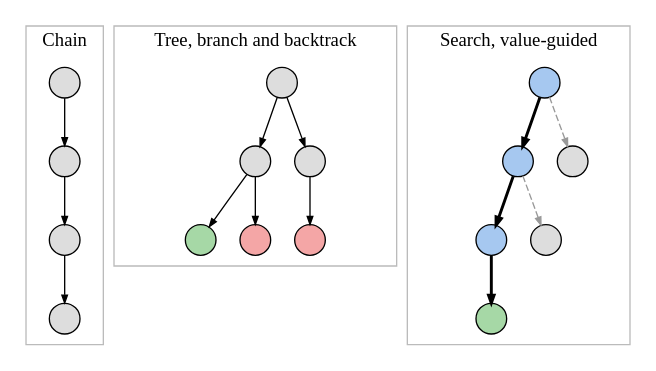
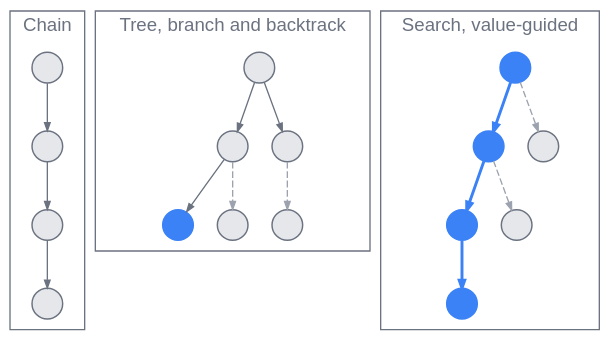
The second of 3 diagrams in en/p3-reasoning/13-eliciting-reasoning.qmd (latere-ai/ai-as-an-infrastructure), drawn with Graphviz before and after one commit. The commit also changed 186 other files, not shown here.

First line of the commit message:
book: visual audit pass on all diagrams and figures

````diff
--- a/en/p3-reasoning/13-eliciting-reasoning.qmd
+++ b/en/p3-reasoning/13-eliciting-reasoning.qmd
@@ -109,38 +109,46 @@
 ```{dot}
 //| label: fig-eliciting-reasoning-structure
 //| fig-cap: "Chain, tree, and value-guided search as three shapes of the same reasoning space. The chain is the degenerate tree with one child per node and no backtracking. After Yao et al. (2023) and Feng et al. (2023)."
 digraph G {
   rankdir=TB;
-  node [shape=circle, fixedsize=true, width=0.32, label="", style=filled, fillcolor="#dddddd"];
-  edge [arrowsize=0.6];
+  bgcolor="transparent";
+  node [shape=circle, fixedsize=true, width=0.32, label="", style=filled, fillcolor="#e5e7eb", color="#6b7280", penwidth=1.1];
+  edge [arrowsize=0.6, color="#6b7280"];
 
   subgraph cluster_chain {
     label="Chain";
-    color="#bbbbbb";
+    fontname="Helvetica";
+    fontcolor="#6b7280";
+    color="#6b7280";
     c0 -> c1 -> c2 -> c3;
   }
 
   subgraph cluster_tree {
     label="Tree, branch and backtrack";
-    color="#bbbbbb";
+    fontname="Helvetica";
+    fontcolor="#6b7280";
+    color="#6b7280";
     t0 -> t1; t0 -> t2;
-    t1 -> t3; t1 -> t4;
-    t2 -> t5;
-    t4 [fillcolor="#f4a6a6"];
-    t5 [fillcolor="#f4a6a6"];
-    t3 [fillcolor="#a6d8a6"];
+    t1 -> t3;
+    t1 -> t4 [style=dashed, color="#9ca3af"];
+    t2 -> t5 [style=dashed, color="#9ca3af"];
+    t3 [fillcolor="#3b82f6", color="#3b82f6"];
   }
 
   subgraph cluster_search {
     label="Search, value-guided";
-    color="#bbbbbb";
-    s0 -> s1 [penwidth=2.2]; s0 -> s2 [style=dashed, color="#999999"];
-    s1 -> s3 [penwidth=2.2]; s1 -> s4 [style=dashed, color="#999999"];
-    s3 -> s5 [penwidth=2.2];
-    s0 [fillcolor="#a6c8f0"];
-    s1 [fillcolor="#a6c8f0"];
-    s3 [fillcolor="#a6c8f0"];
-    s5 [fillcolor="#a6d8a6"];
+    fontname="Helvetica";
+    fontcolor="#6b7280";
+    color="#6b7280";
+    s0 -> s1 [penwidth=2.2, color="#3b82f6"];
+    s0 -> s2 [style=dashed, color="#9ca3af"];
+    s1 -> s3 [penwidth=2.2, color="#3b82f6"];
+    s1 -> s4 [style=dashed, color="#9ca3af"];
+    s3 -> s5 [penwidth=2.2, color="#3b82f6"];
+    s0 [fillcolor="#3b82f6", color="#3b82f6"];
+    s1 [fillcolor="#3b82f6", color="#3b82f6"];
+    s3 [fillcolor="#3b82f6", color="#3b82f6"];
+    s5 [fillcolor="#3b82f6", color="#3b82f6"];
   }
 }
 ```
````
